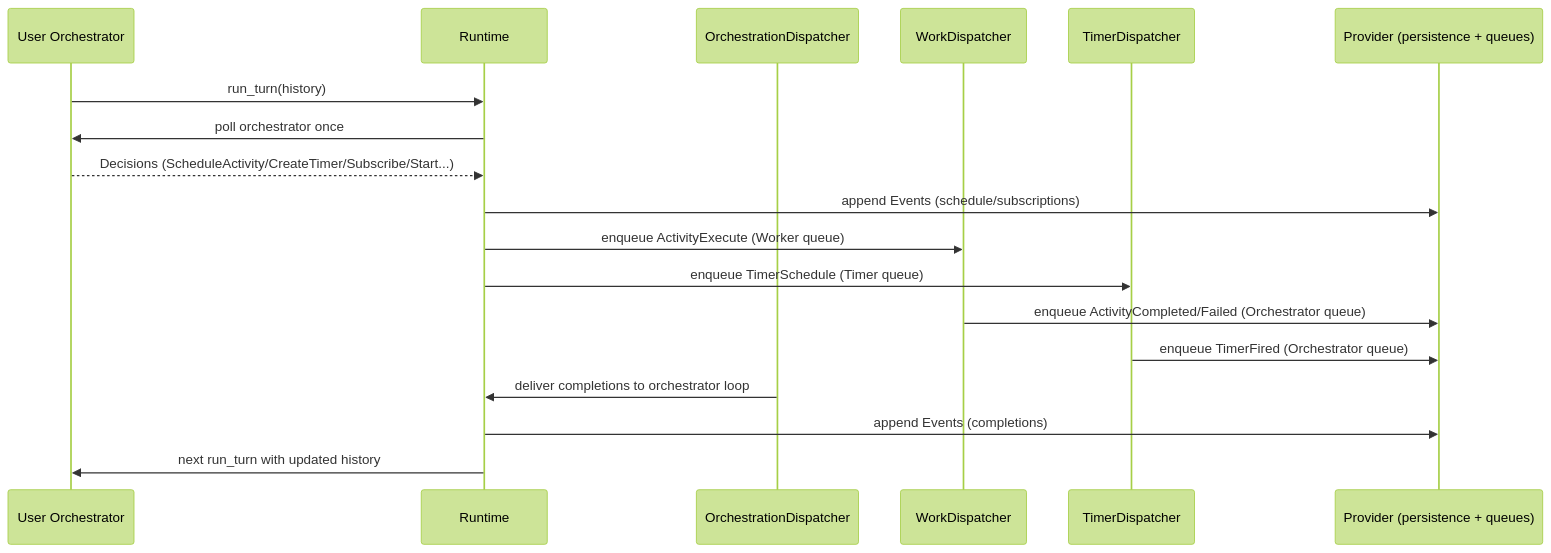
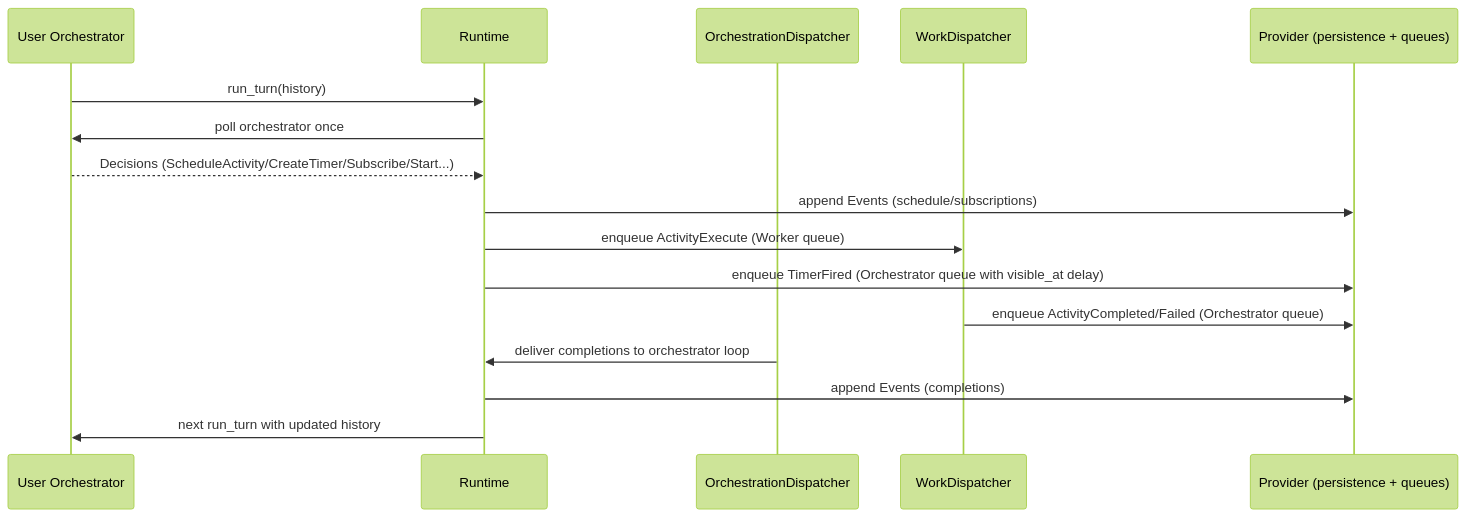
One commit to affandar/duroxide changed the first of 3 diagrams in docs/architecture.md. Above: the diagram before and after it, drawn with Mermaid (forest theme). The commit also changed 46 other files, not shown here.

First line of the commit message:
Remove timer queue and clean up code

````diff
--- a/docs/architecture.md
+++ b/docs/architecture.md
@@ -14,21 +14,19 @@
 ```mermaid
 sequenceDiagram
     participant U as User Orchestrator
     participant R as Runtime
     participant OD as OrchestrationDispatcher
     participant WD as WorkDispatcher
-    participant TD as TimerDispatcher
     participant P as Provider (persistence + queues)
 
     U->>R: run_turn(history)
     R->>U: poll orchestrator once
     U-->>R: Decisions (ScheduleActivity/CreateTimer/Subscribe/Start...)
     R->>P: append Events (schedule/subscriptions)
     R->>WD: enqueue ActivityExecute (Worker queue)
-    R->>TD: enqueue TimerSchedule (Timer queue)
+    R->>P: enqueue TimerFired (Orchestrator queue with visible_at delay)
     WD->>P: enqueue ActivityCompleted/Failed (Orchestrator queue)
-    TD->>P: enqueue TimerFired (Orchestrator queue)
     OD->>R: deliver completions to orchestrator loop
     R->>P: append Events (completions)
     R->>U: next run_turn with updated history
 ```
````
